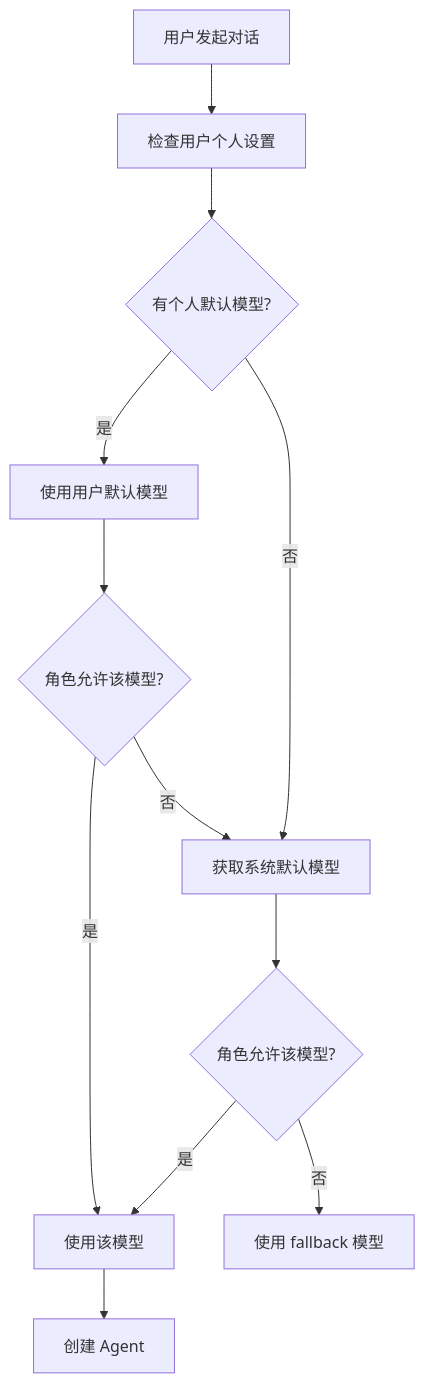
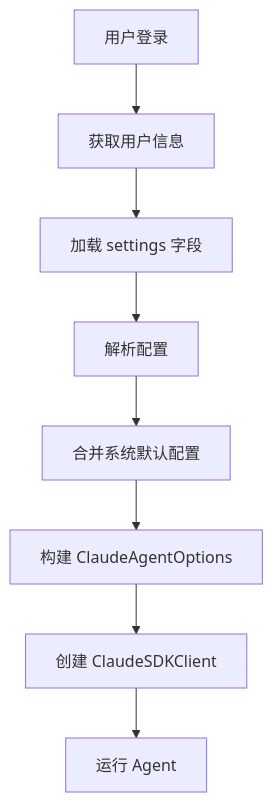
One commit to xiaocaipi/mm-doc changed the sixth of 8 diagrams in agent/agent_project_design.md. Above: the diagram before and after it, drawn with Mermaid. The commit also changed other lines of this file, not shown here.

````diff
--- a/agent/agent_project_design.md
+++ b/agent/agent_project_design.md
@@ -812,18 +753,13 @@
 ```mermaid
 flowchart TD
-    START["用户发起对话"] --> CHECK_USER["检查用户个人设置"]
+    LOGIN["用户登录"] --> GET_USER["获取用户信息"]
+    GET_USER --> LOAD_SETTINGS["加载 settings 字段"]
     
-    CHECK_USER --> HAS_DEFAULT{"有个人默认模型?"}
-    HAS_DEFAULT -->|"是"| USER_MODEL["使用用户默认模型"]
-    HAS_DEFAULT -->|"否"| CHECK_SYSTEM["获取系统默认模型"]
+    LOAD_SETTINGS --> PARSE["解析配置"]
+    PARSE --> MERGE["合并系统默认配置"]
     
-    CHECK_SYSTEM --> CHECK_ROLE{"角色允许该模型?"}
-    CHECK_ROLE -->|"是"| FINAL["使用该模型"]
-    CHECK_ROLE -->|"否"| FALLBACK["使用 fallback 模型"]
+    MERGE --> BUILD_OPTIONS["构建 ClaudeAgentOptions"]
+    BUILD_OPTIONS --> CREATE_AGENT["创建 ClaudeSDKClient"]
     
-    USER_MODEL --> CHECK_ROLE2{"角色允许该模型?"}
-    CHECK_ROLE2 -->|"是"| FINAL
-    CHECK_ROLE2 -->|"否"| CHECK_SYSTEM
-    
-    FINAL --> CREATE["创建 Agent"]
+    CREATE_AGENT --> RUN["运行 Agent"]
 ```
````
